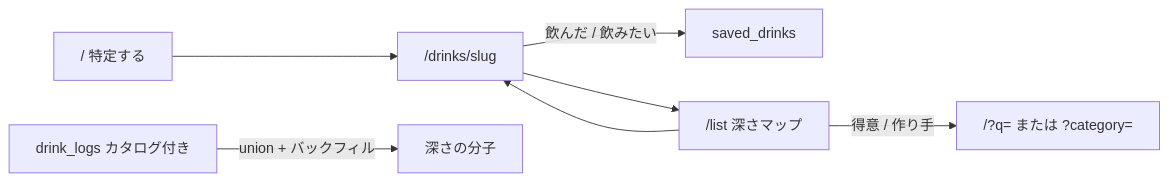
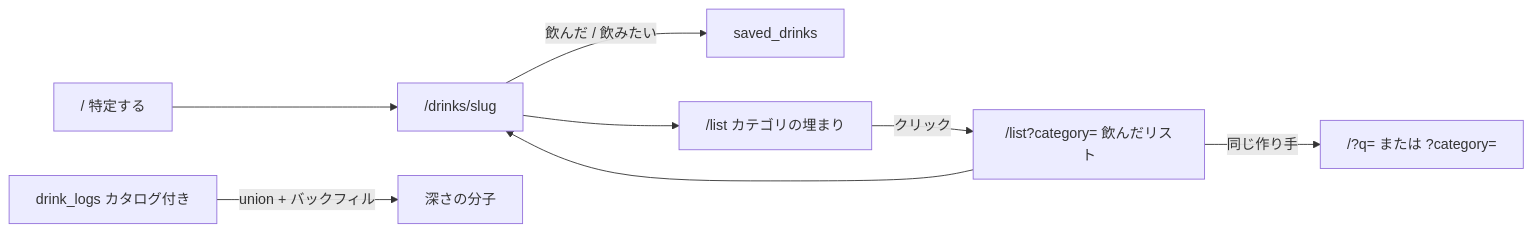
The diagram in .cursor/plans/list_depth_map_1b590ec1.plan.md (TomoyaOgashiwa/sakehub), drawn with Mermaid before and after one commit. The commit also changed other lines of this file and 9 other files, not shown here.

First line of the commit message:
feat(web,api): drill from list fill into drinks per category

````diff
--- a/.cursor/plans/list_depth_map_1b590ec1.plan.md
+++ b/.cursor/plans/list_depth_map_1b590ec1.plan.md
@@ -20,9 +21,10 @@
 ```mermaid
 flowchart LR
   Home["/ 特定する"] --> Drink["/drinks/slug"]
   Drink -->|"飲んだ / 飲みたい"| Saved["saved_drinks"]
-  Drink --> List["/list 深さマップ"]
-  List -->|"得意 / 作り手"| Search["/?q= または ?category="]
-  List --> Drink
+  Drink --> List["/list カテゴリの埋まり"]
+  List -->|"クリック"| Cat["/list?category= 飲んだリスト"]
+  Cat --> Drink
+  Cat -->|"同じ作り手"| Search["/?q= または ?category="]
   Logs["drink_logs カタログ付き"] -->|"union + バックフィル"| Depth["深さの分子"]
 ```
````
